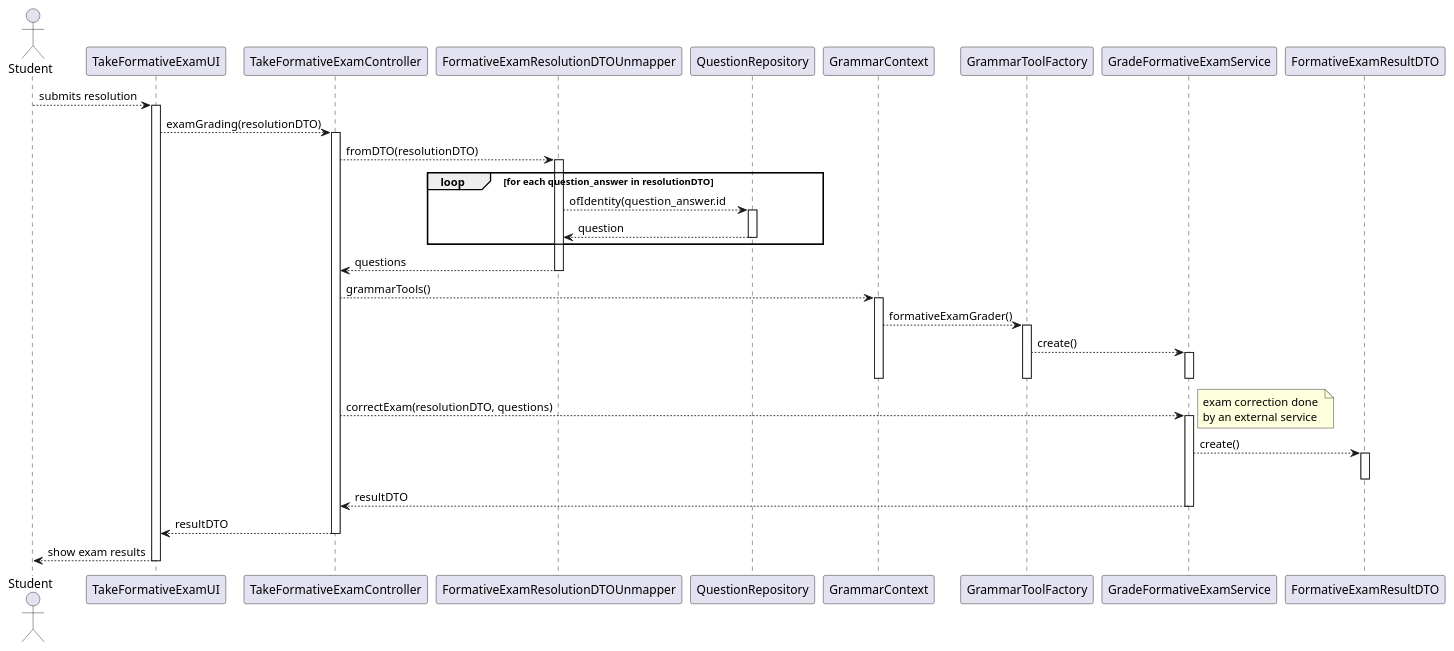
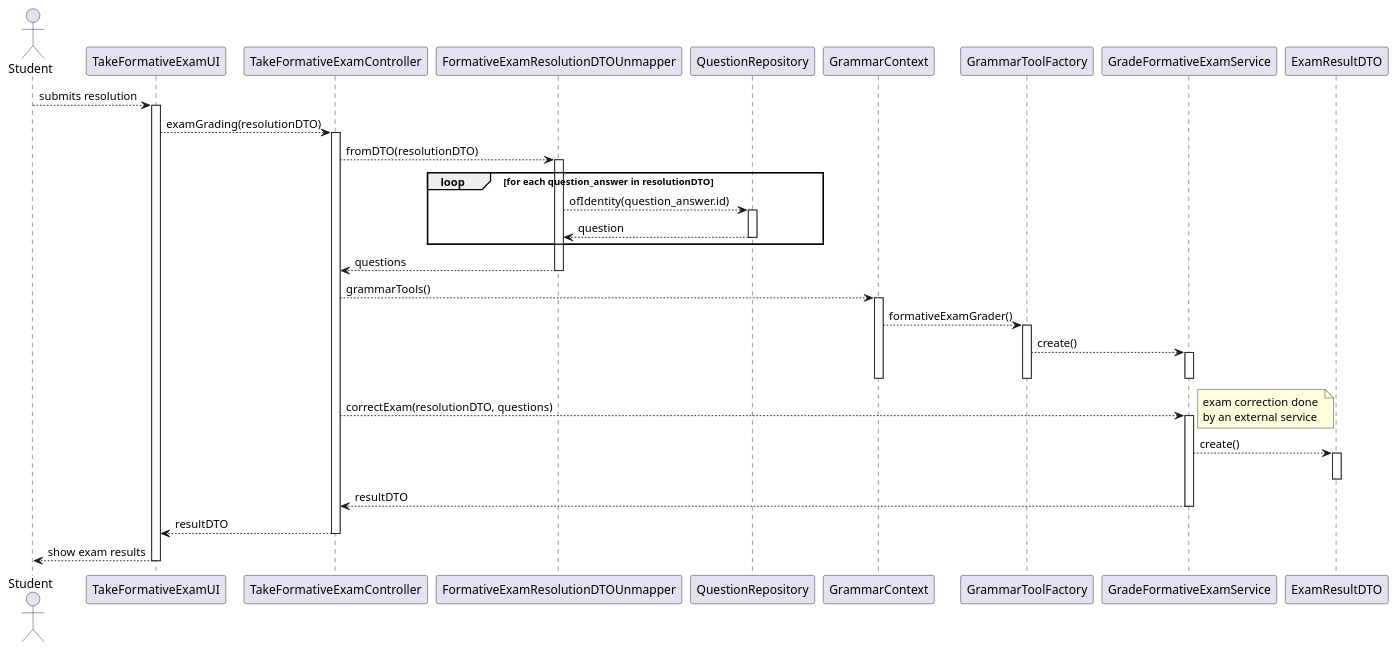
The diagram in docs/us_2009/3-grade-fexam.puml (jovami/isep-lapr4), drawn with PlantUML before and after one commit. The commit also changed 5 other files, not shown here.

```diff
--- a/docs/us_2009/3-grade-fexam.puml
+++ b/docs/us_2009/3-grade-fexam.puml
@@ -1,63 +1,63 @@
 @startuml
 
 actor Student as student
 
 participant TakeFormativeExamUI as ui
 participant TakeFormativeExamController as ctrl
 
 participant FormativeExamResolutionDTOUnmapper as unmap
 participant QuestionRepository as q_repo
 
 participant GrammarContext as ctx
 participant GrammarToolFactory as grepo
 
 participant GradeFormativeExamService as svc
 
-participant FormativeExamResultDTO as dto
+participant ExamResultDTO as dto
 
 student --> ui : submits resolution
 activate ui
     ui --> ctrl : examGrading(resolutionDTO)
     activate ctrl
 
         ctrl --> unmap : fromDTO(resolutionDTO)
         activate unmap
             loop for each question_answer in resolutionDTO
-                unmap --> q_repo : ofIdentity(question_answer.id
+                unmap --> q_repo : ofIdentity(question_answer.id)
                 activate q_repo
                     q_repo --> unmap : question
                 deactivate q_repo
             end loop
 
             unmap --> ctrl : questions
         deactivate unmap
 
         ctrl --> ctx : grammarTools()
         activate ctx
             ctx --> grepo : formativeExamGrader()
             activate grepo
                 grepo --> svc : create()
                 activate svc
                 deactivate svc
             deactivate grepo
         deactivate ctx
 
         ctrl --> svc : correctExam(resolutionDTO, questions)
         activate svc
             note right: exam correction done \nby an external service
 
             svc --> dto : create()
             activate dto
             deactivate dto
 
             svc --> ctrl : resultDTO
         deactivate svc
 
         ' NOTE: maybe pass a different DTO to the UI
         ctrl --> ui : resultDTO
     deactivate ctrl
 
     ui --> student : show exam results
 deactivate ui
 
 @enduml
```
